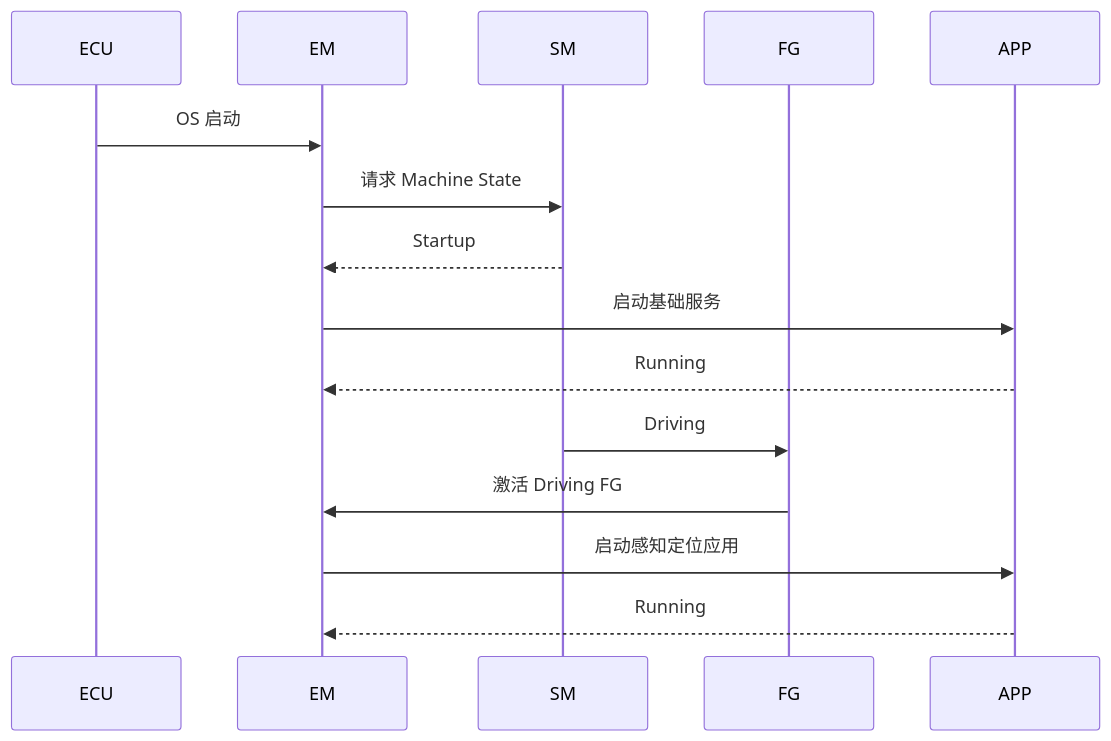
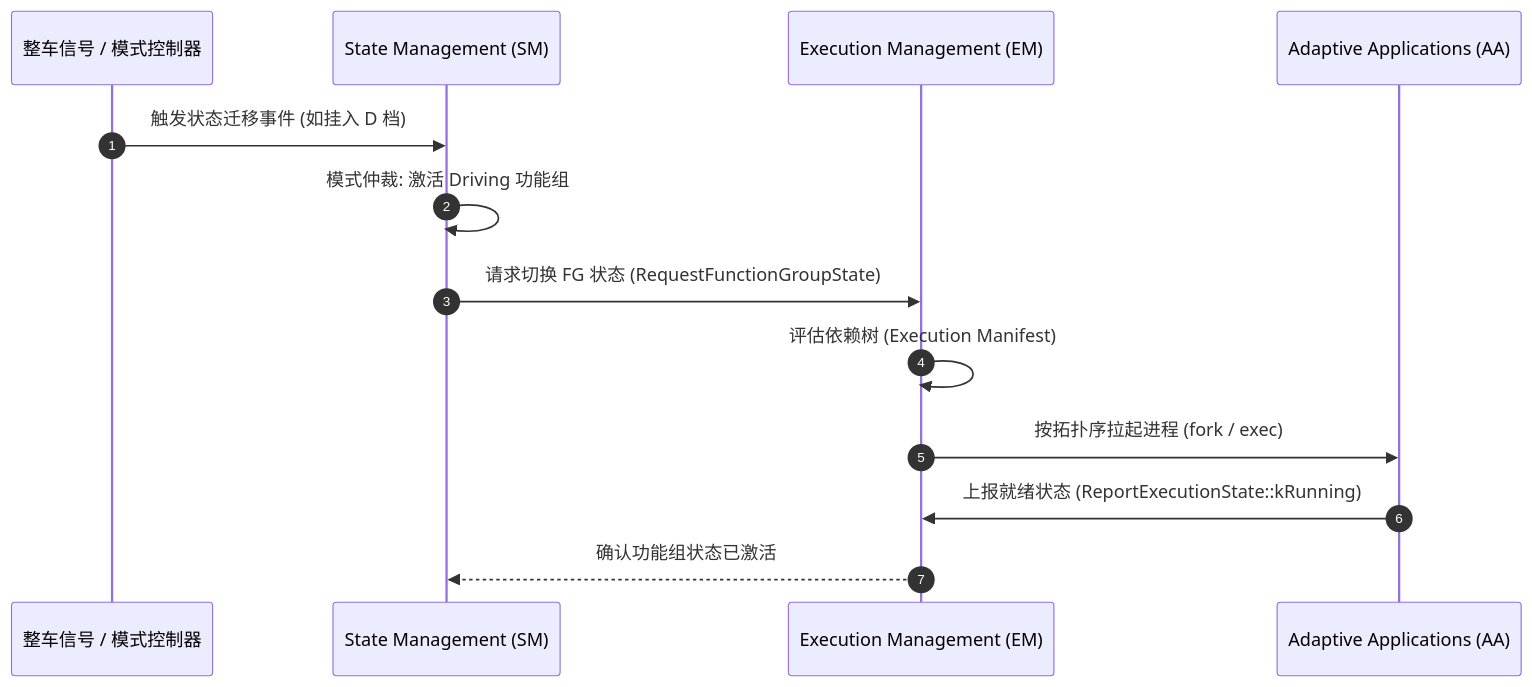
The third of 8 diagrams in content/autosar/autosar-adaptive.md (leehyon/garden), drawn with Mermaid before and after one commit. The commit also changed other lines of this file, not shown here.

Commit message:
refactor: revise AUTOSAR Adaptive documentation

````diff
--- a/content/autosar/autosar-adaptive.md
+++ b/content/autosar/autosar-adaptive.md
@@ -243,27 +126,16 @@
 ```mermaid
 sequenceDiagram
+    autonumber
+    participant Vehicle as 整车信号 / 模式控制器
+    participant SM as State Management (SM)
+    participant EM as Execution Management (EM)
+    participant AA as Adaptive Applications (AA)
 
-participant ECU
-participant EM
-participant SM
-participant FG
-participant APP
-
-ECU->>EM: OS 启动
-
-EM->>SM: 请求 Machine State
-
-SM-->>EM: Startup
-
-EM->>APP: 启动基础服务
-
-APP-->>EM: Running
-
-SM->>FG: Driving
-
-FG->>EM: 激活 Driving FG
-
-EM->>APP: 启动感知定位应用
-
-APP-->>EM: Running
+    Vehicle->>SM: 触发状态迁移事件 (如挂入 D 档)
+    SM->>SM: 模式仲裁: 激活 Driving 功能组
+    SM->>EM: 请求切换 FG 状态 (RequestFunctionGroupState)
+    EM->>EM: 评估依赖树 (Execution Manifest)
+    EM->>AA: 按拓扑序拉起进程 (fork / exec)
+    AA->>EM: 上报就绪状态 (ReportExecutionState::kRunning)
+    EM-->>SM: 确认功能组状态已激活
 ```
````
